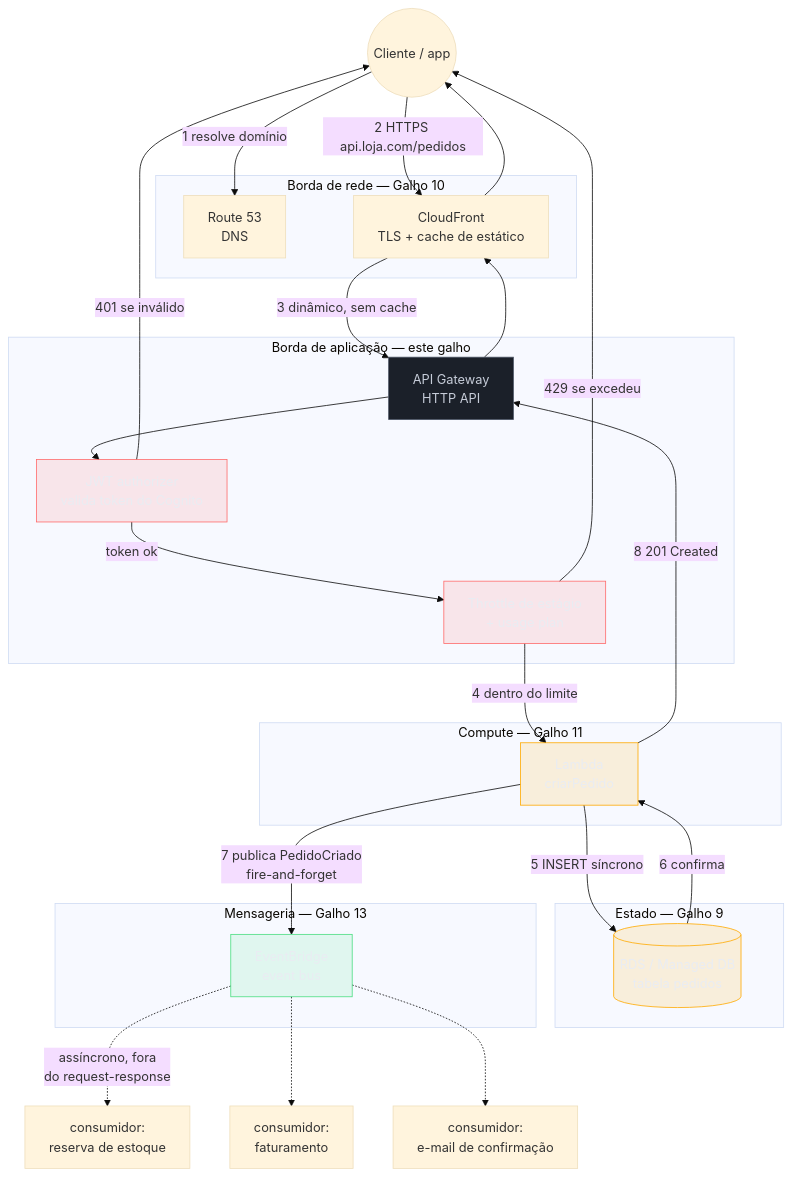
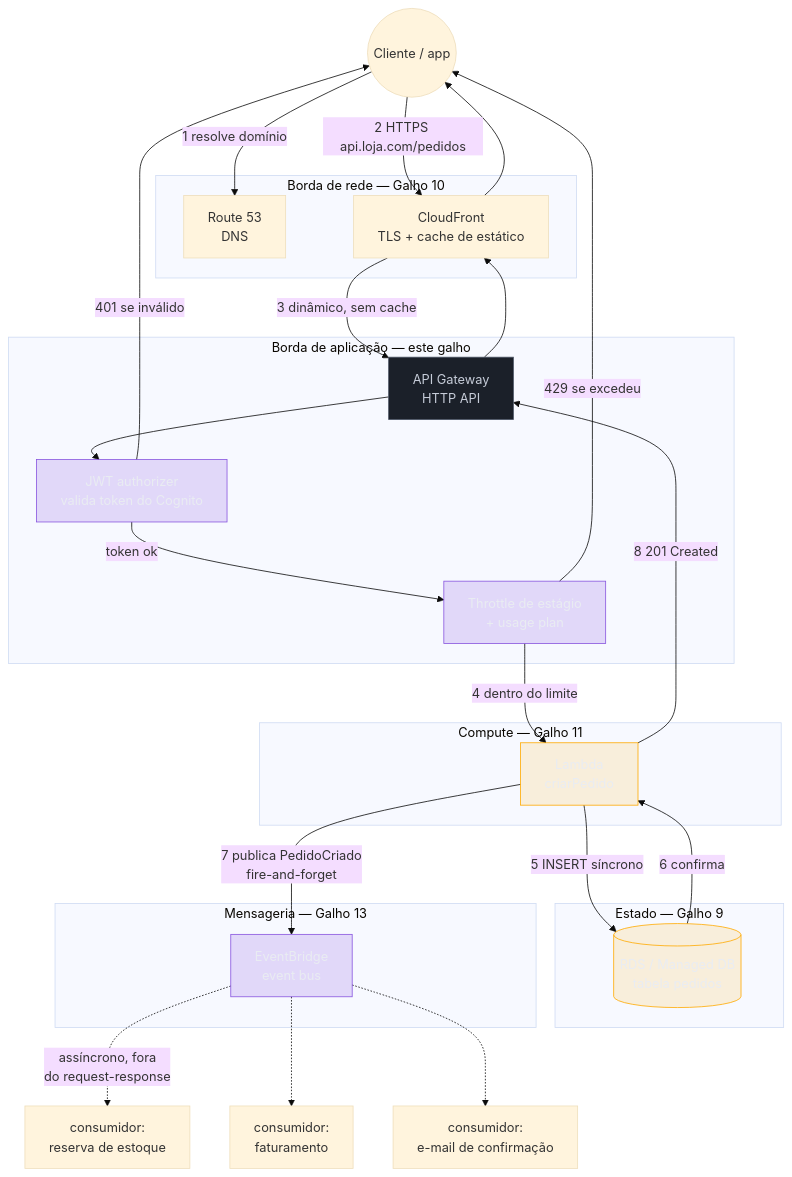
The first of 5 diagrams in 03-Dominios/Tecnologia/Cloud/14 - API Gateway e edge de aplicação/06 - Compondo a borda de API (capstone).md (josenaldo/codex-technomanticus), drawn with Mermaid (base theme) before and after one commit. The commit also changed 601 other files, not shown here.

````diff
--- a/03-Dominios/Tecnologia/Cloud/14 - API Gateway e edge de aplicação/06 - Compondo a borda de API (capstone).md
+++ b/03-Dominios/Tecnologia/Cloud/14 - API Gateway e edge de aplicação/06 - Compondo a borda de API (capstone).md
@@ -26,56 +26,55 @@
 ```mermaid
 flowchart TB
+    classDef marca fill:#8855DF33,stroke:#8855DF,color:#E9ECF2
     classDef neutro fill:#1B2029,stroke:#4E5666,color:#C6CCD8
-    classDef falha fill:#FF6B6B24,stroke:#FF6B6B,color:#E9ECF2
     classDef destaque fill:#FFAA0024,stroke:#FFAA00,color:#E9ECF2
-    classDef ok fill:#4ADE8021,stroke:#4ADE80,color:#E9ECF2
     User(("Cliente / app"))
 
     subgraph Rede["Borda de rede — Galho 10"]
         R53["Route 53<br/>DNS"]
         CF["CloudFront<br/>TLS + cache de estático"]
     end
 
     subgraph App["Borda de aplicação — este galho"]
         GW["API Gateway<br/>HTTP API"]
         AUTH["JWT authorizer<br/>valida token do Cognito"]
         THR["Throttle de estágio<br/>+ usage plan"]
     end
 
     subgraph Compute["Compute — Galho 11"]
         LAM["Lambda<br/>criarPedido"]
     end
 
     subgraph Dados["Estado — Galho 9"]
         DB[("RDS / Managed DB<br/>tabela pedidos")]
     end
 
     subgraph Msg["Mensageria — Galho 13"]
         EB["EventBridge<br/>event bus"]
     end
 
     User -->|"1 resolve domínio"| R53
     User -->|"2 HTTPS api.loja.com/pedidos"| CF
     CF -->|"3 dinâmico, sem cache"| GW
     GW --> AUTH
     AUTH -->|"401 se inválido"| User
     AUTH -->|"token ok"| THR
     THR -->|"429 se excedeu"| User
     THR -->|"4 dentro do limite"| LAM
     LAM -->|"5 INSERT síncrono"| DB
     DB -->|"6 confirma"| LAM
     LAM -->|"7 publica PedidoCriado<br/>fire-and-forget"| EB
     LAM -->|"8 201 Created"| GW
     GW --> CF --> User
 
     EB -.->|"assíncrono, fora<br/>do request-response"| Estoque["consumidor:<br/>reserva de estoque"]
     EB -.-> Fatura["consumidor:<br/>faturamento"]
     EB -.-> Notif["consumidor:<br/>e-mail de confirmação"]
 
     class GW neutro
-    class AUTH falha
-    class THR falha
+    class AUTH marca
+    class THR marca
     class LAM destaque
     class DB destaque
-    class EB ok
+    class EB marca
 ```
````
